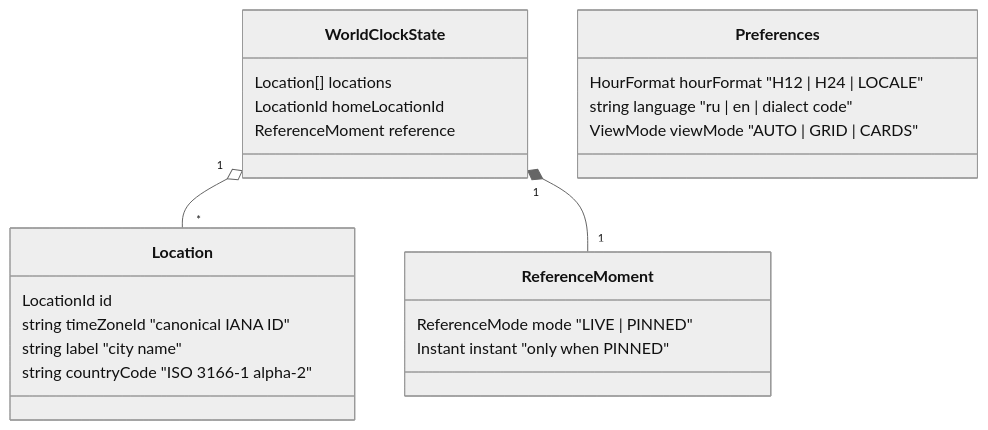
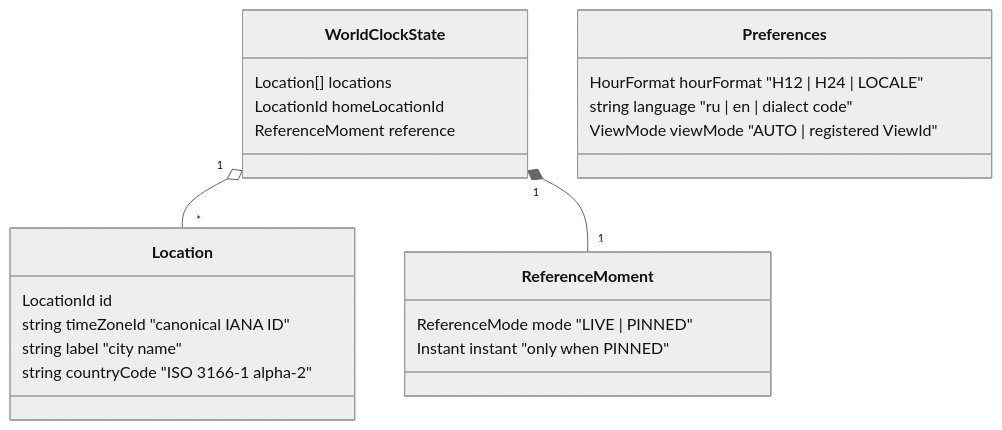
Before and after one commit to oinsio/time-zones: the first of 2 diagrams in docs/architecture/domain-model.md, drawn with Mermaid (neutral theme). The commit also changed other lines of this file and 7 other files, not shown here.

First line of the commit message:
Record decisions: Cards view first via view registry, minimal city data sources

````diff
--- a/docs/architecture/domain-model.md
+++ b/docs/architecture/domain-model.md
@@ -7,25 +7,25 @@
 ```mermaid
 classDiagram
     class WorldClockState {
         Location[] locations
         LocationId homeLocationId
         ReferenceMoment reference
     }
     class Location {
         LocationId id
         string timeZoneId  "canonical IANA ID"
         string label       "city name"
         string countryCode "ISO 3166-1 alpha-2"
     }
     class ReferenceMoment {
         ReferenceMode mode  "LIVE | PINNED"
         Instant instant     "only when PINNED"
     }
     class Preferences {
         HourFormat hourFormat  "H12 | H24 | LOCALE"
         string language        "ru | en | dialect code"
-        ViewMode viewMode      "AUTO | GRID | CARDS"
+        ViewMode viewMode      "AUTO | registered ViewId"
     }
     WorldClockState "1" o-- "*" Location
     WorldClockState "1" *-- "1" ReferenceMoment
 ```
````
